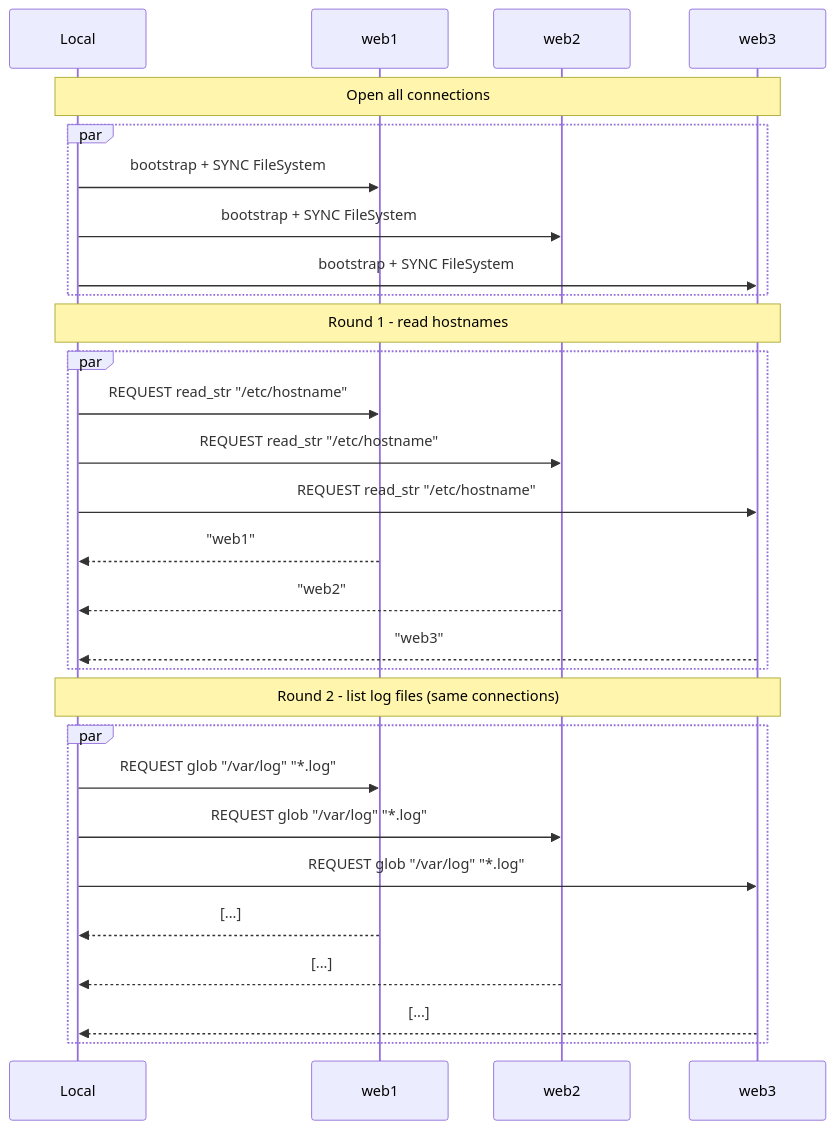
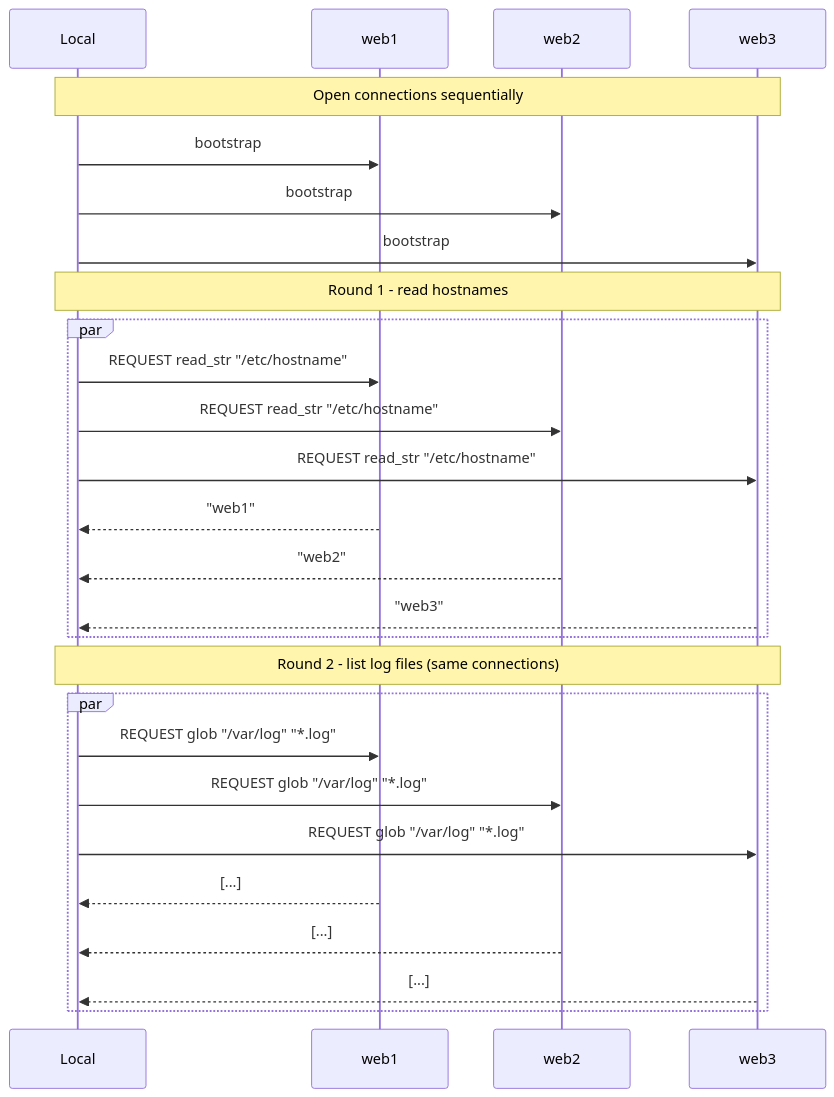
The fourth of 4 diagrams in docs/multi-host.md (mosquito/rmote), drawn with Mermaid before and after one commit. The commit also changed other lines of this file and 15 other files, not shown here.

````diff
--- a/docs/multi-host.md
+++ b/docs/multi-host.md
@@ -244,34 +340,32 @@
 ```{mermaid}
 sequenceDiagram
     participant L as Local
     participant W1 as web1
     participant W2 as web2
     participant W3 as web3
 
-    Note over L,W3: Open all connections
-    par
-        L->>W1: bootstrap + SYNC FileSystem
-        L->>W2: bootstrap + SYNC FileSystem
-        L->>W3: bootstrap + SYNC FileSystem
-    end
+    Note over L,W3: Open connections sequentially
+    L->>W1: bootstrap
+    L->>W2: bootstrap
+    L->>W3: bootstrap
 
     Note over L,W3: Round 1 - read hostnames
     par
         L->>W1: REQUEST read_str "/etc/hostname"
         L->>W2: REQUEST read_str "/etc/hostname"
         L->>W3: REQUEST read_str "/etc/hostname"
         W1-->>L: "web1"
         W2-->>L: "web2"
         W3-->>L: "web3"
     end
 
     Note over L,W3: Round 2 - list log files (same connections)
     par
         L->>W1: REQUEST glob "/var/log" "*.log"
         L->>W2: REQUEST glob "/var/log" "*.log"
         L->>W3: REQUEST glob "/var/log" "*.log"
         W1-->>L: [...]
         W2-->>L: [...]
         W3-->>L: [...]
     end
 ```
````
